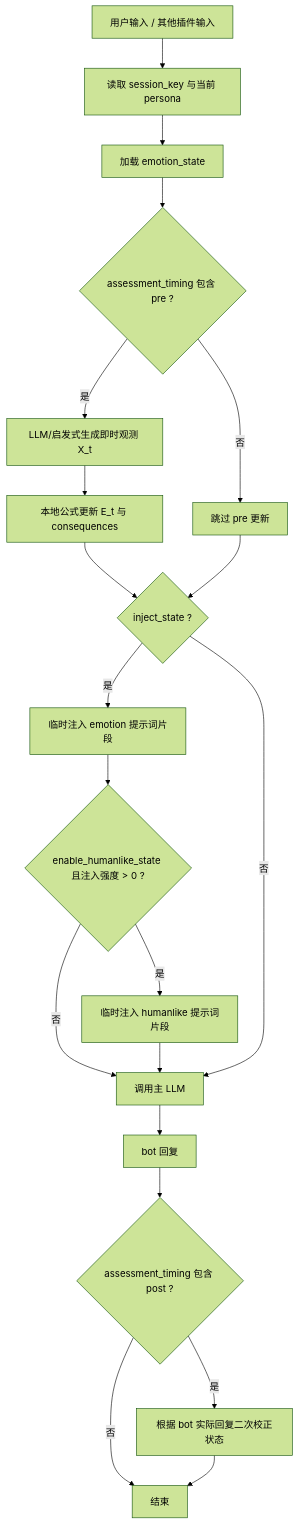
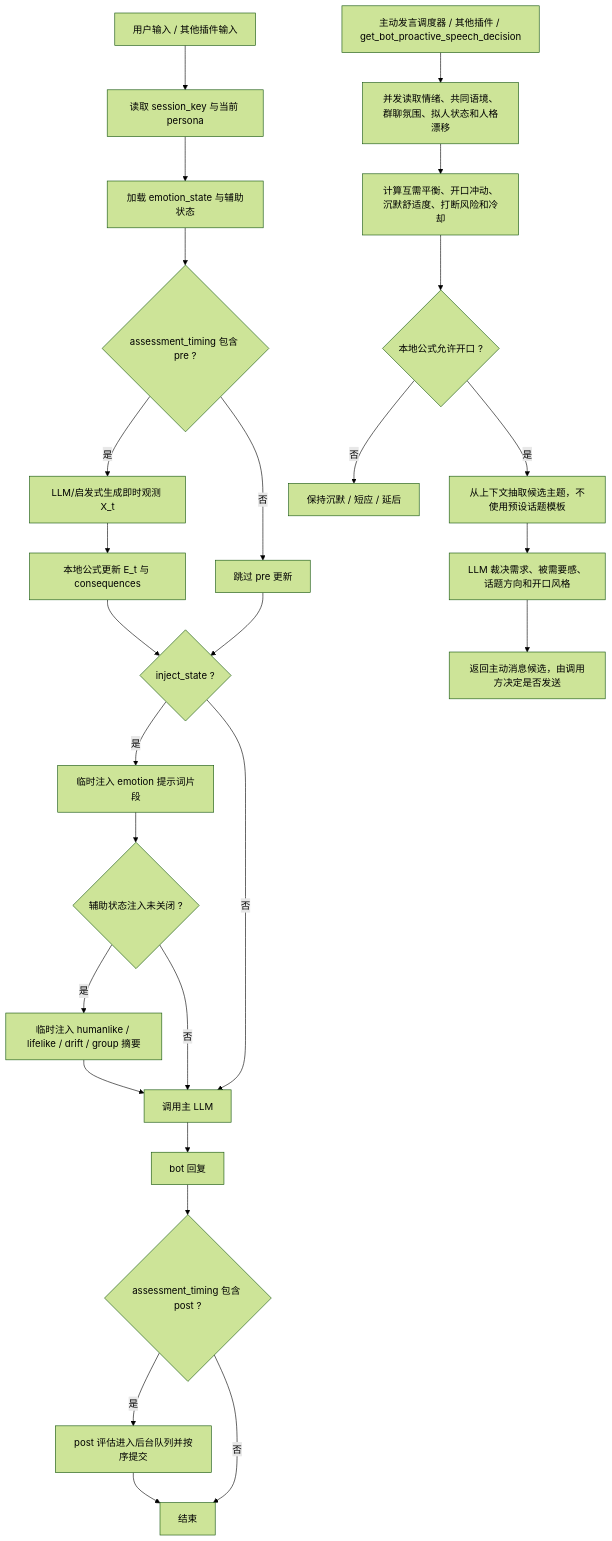
Before and after one commit to Ayleovelle/astrbot_plugin_sylanne: the second of 2 diagrams in README.md, drawn with Mermaid (forest theme). The commit also changed other lines of this file and 37 other files, not shown here.

````diff
--- a/README.md
+++ b/README.md
@@ -783,22 +806,30 @@
 ```mermaid
 flowchart TD
     A["用户输入 / 其他插件输入"] --> B["读取 session_key 与当前 persona"]
-    B --> C["加载 emotion_state"]
+    B --> C["加载 emotion_state 与辅助状态"]
     C --> D{"assessment_timing 包含 pre ?"}
     D -- "是" --> E["LLM/启发式生成即时观测 X_t"]
     E --> F["本地公式更新 E_t 与 consequences"]
     D -- "否" --> G["跳过 pre 更新"]
     F --> H{"inject_state ?"}
     G --> H
     H -- "是" --> I["临时注入 emotion 提示词片段"]
-    I --> J{"enable_humanlike_state 且注入强度 > 0 ?"}
-    J -- "是" --> K["临时注入 humanlike 提示词片段"]
+    I --> J{"辅助状态注入未关闭 ?"}
+    J -- "是" --> K["临时注入 humanlike / lifelike / drift / group 摘要"]
     J -- "否" --> L["调用主 LLM"]
     K --> L
     H -- "否" --> L
     L --> M["bot 回复"]
     M --> N{"assessment_timing 包含 post ?"}
-    N -- "是" --> O["根据 bot 实际回复二次校正状态"]
+    N -- "是" --> O["post 评估进入后台队列并按序提交"]
     N -- "否" --> P["结束"]
     O --> P
+
+    Q["主动发言调度器 / 其他插件 / get_bot_proactive_speech_decision"] --> R["并发读取情绪、共同语境、群聊氛围、拟人状态和人格漂移"]
+    R --> S["计算互需平衡、开口冲动、沉默舒适度、打断风险和冷却"]
+    S --> T{"本地公式允许开口 ?"}
+    T -- "否" --> U["保持沉默 / 短应 / 延后"]
+    T -- "是" --> V["从上下文抽取候选主题，不使用预设话题模板"]
+    V --> W["LLM 裁决需求、被需要感、话题方向和开口风格"]
+    W --> X["返回主动消息候选，由调用方决定是否发送"]
 ```
````
